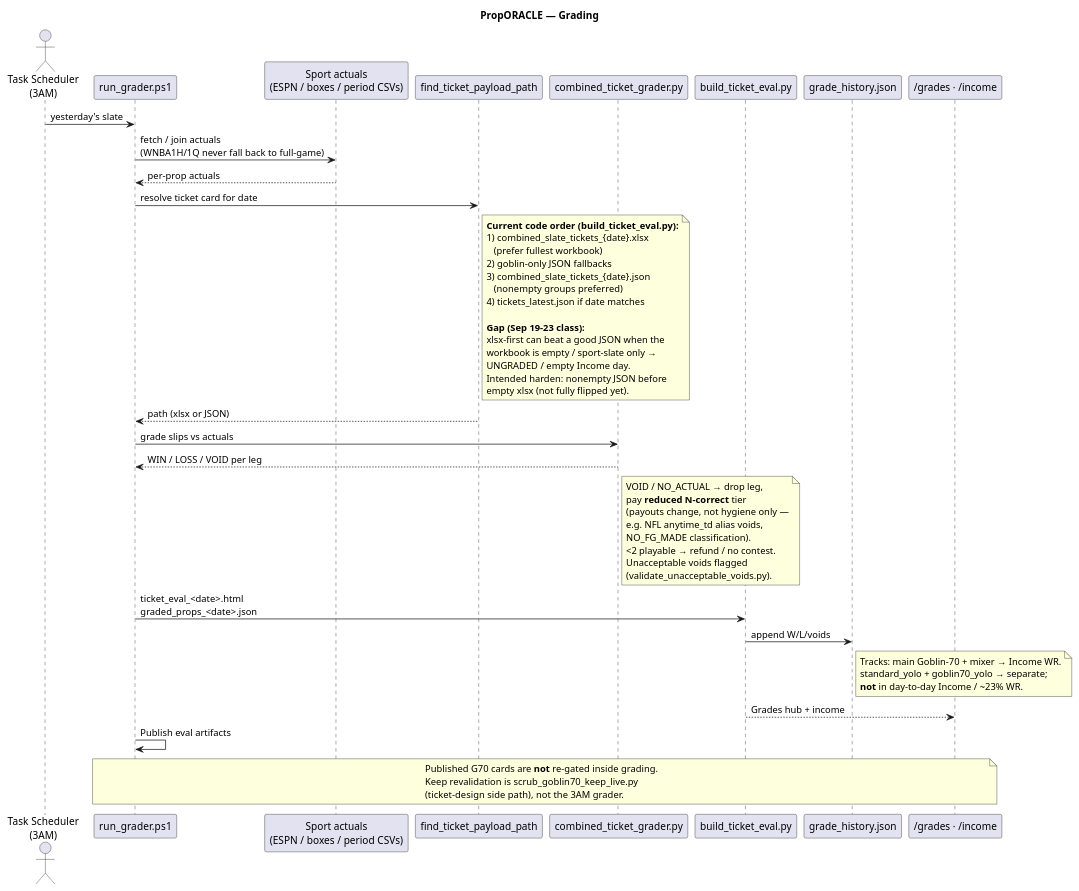
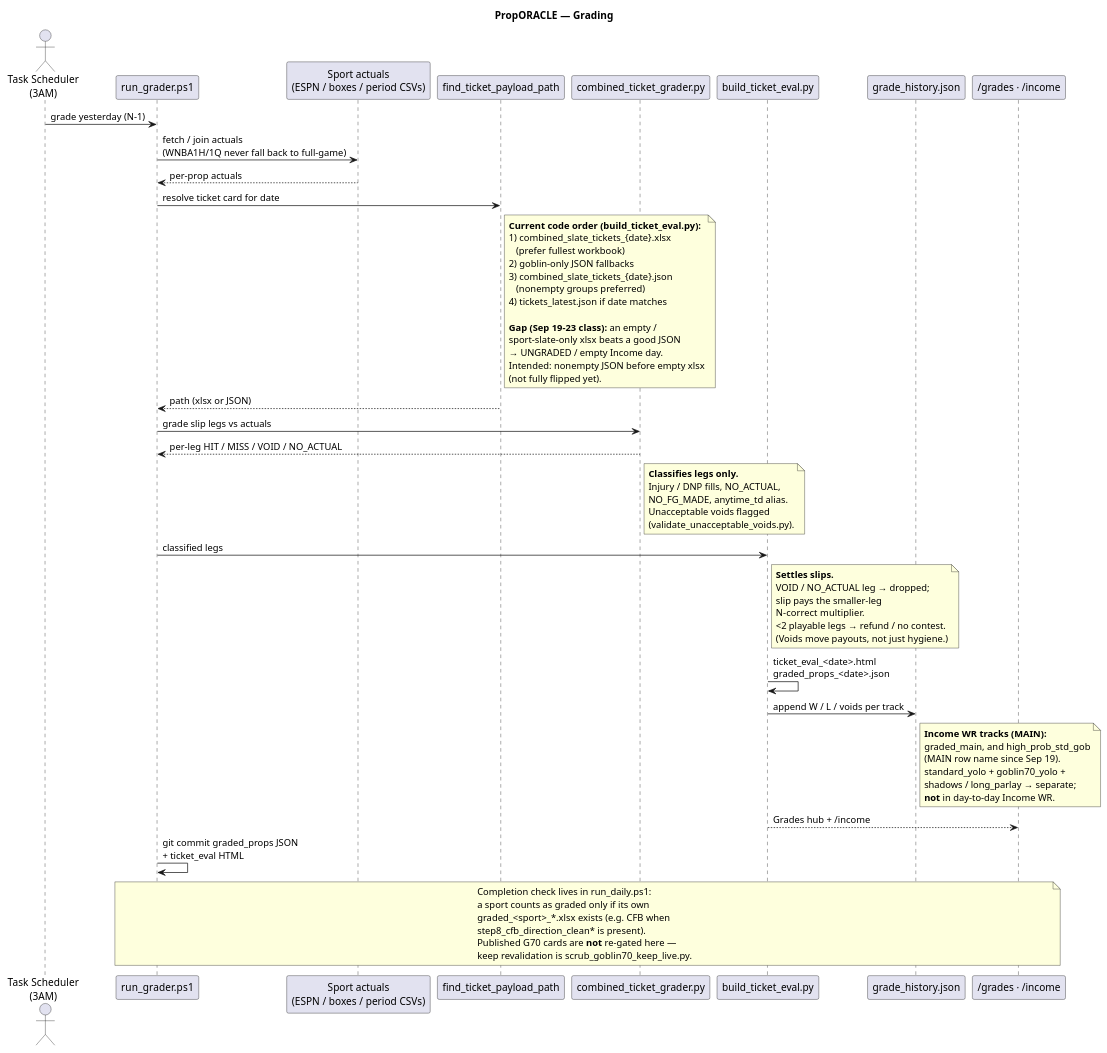
One commit to halekevi/PropORACLE changed the diagram in docs/diagrams/grading.puml. Above: the diagram before and after it, drawn with PlantUML. The commit also changed 8 other files, not shown here.

First line of the commit message:
docs: Rewrite UML set with settlement and publish timing fixed.

```diff
--- a/docs/diagrams/grading.puml
+++ b/docs/diagrams/grading.puml
@@ -1,69 +1,79 @@
 @startuml PropORACLE_Grading
-' Grading — 3AM grader + void-aware ticket eval (reality + known gaps)
+' Grading — 3AM grader, leg classification, void-aware settlement in eval
 ' Render: PlantUML extension or https://www.plantuml.com/plantuml
 
 title PropORACLE — Grading
 
-actor Sched as "Task Scheduler\n(3AM)"
+actor "Task Scheduler\n(3AM)" as Sched
 participant "run_grader.ps1" as Grader
 participant "Sport actuals\n(ESPN / boxes / period CSVs)" as Actuals
 participant "find_ticket_payload_path" as Resolve
 participant "combined_ticket_grader.py" as TickGrade
 participant "build_ticket_eval.py" as Eval
 participant "grade_history.json" as Hist
 participant "/grades · /income" as UI
 
-Sched -> Grader : yesterday's slate
+Sched -> Grader : grade yesterday (N-1)
 Grader -> Actuals : fetch / join actuals\n(WNBA1H/1Q never fall back to full-game)
 Actuals --> Grader : per-prop actuals
 
 Grader -> Resolve : resolve ticket card for date
 note right of Resolve
   **Current code order (build_ticket_eval.py):**
   1) combined_slate_tickets_{date}.xlsx
      (prefer fullest workbook)
   2) goblin-only JSON fallbacks
   3) combined_slate_tickets_{date}.json
      (nonempty groups preferred)
   4) tickets_latest.json if date matches
 
-  **Gap (Sep 19–23 class):**
-  xlsx-first can beat a good JSON when the
-  workbook is empty / sport-slate only →
-  UNGRADED / empty Income day.
-  Intended harden: nonempty JSON before
-  empty xlsx (not fully flipped yet).
+  **Gap (Sep 19–23 class):** an empty /
+  sport-slate-only xlsx beats a good JSON
+  → UNGRADED / empty Income day.
+  Intended: nonempty JSON before empty xlsx
+  (not fully flipped yet).
 end note
 Resolve --> Grader : path (xlsx or JSON)
 
-Grader -> TickGrade : grade slips vs actuals
-TickGrade --> Grader : WIN / LOSS / VOID per leg
-
+Grader -> TickGrade : grade slip legs vs actuals
+TickGrade --> Grader : per-leg HIT / MISS / VOID / NO_ACTUAL
 note right of TickGrade
-  VOID / NO_ACTUAL → drop leg,
-  pay **reduced N-correct** tier
-  (payouts change, not hygiene only —
-  e.g. NFL anytime_td alias voids,
-  NO_FG_MADE classification).
-  <2 playable → refund / no contest.
+  **Classifies legs only.**
+  Injury / DNP fills, NO_ACTUAL,
+  NO_FG_MADE, anytime_td alias.
   Unacceptable voids flagged
   (validate_unacceptable_voids.py).
 end note
 
-Grader -> Eval : ticket_eval_<date>.html\ngraded_props_<date>.json
-Eval -> Hist : append W/L/voids
+Grader -> Eval : classified legs
+note right of Eval
+  **Settles slips.**
+  VOID / NO_ACTUAL leg → dropped;
+  slip pays the smaller-leg
+  N-correct multiplier.
+  <2 playable legs → refund / no contest.
+  (Voids move payouts, not just hygiene.)
+end note
+Eval -> Eval : ticket_eval_<date>.html\ngraded_props_<date>.json
+Eval -> Hist : append W / L / voids per track
 note right of Hist
-  Tracks: main Goblin-70 + mixer → Income WR.
-  standard_yolo + goblin70_yolo → separate;
-  **not** in day-to-day Income / ~23% WR.
+  **Income WR tracks (MAIN):**
+  graded_main, and high_prob_std_gob
+  (MAIN row name since Sep 19).
+  standard_yolo + goblin70_yolo +
+  shadows / long_parlay → separate;
+  **not** in day-to-day Income WR.
 end note
-Eval --> UI : Grades hub + income
-Grader -> Grader : Publish eval artifacts
+Eval --> UI : Grades hub + /income
+Grader -> Grader : git commit graded_props JSON\n+ ticket_eval HTML
 
 note over Grader, UI
-  Published G70 cards are **not** re-gated inside grading.
-  Keep revalidation is scrub_goblin70_keep_live.py
-  (ticket-design side path), not the 3AM grader.
+  Completion check lives in run_daily.ps1:
+  a sport counts as graded only if its own
+  graded_<sport>_*.xlsx exists (e.g. CFB when
+  step8_cfb_direction_clean* is present).
+  Published G70 cards are **not** re-gated here —
+  keep revalidation is scrub_goblin70_keep_live.py.
 end note
 
 @enduml
```
